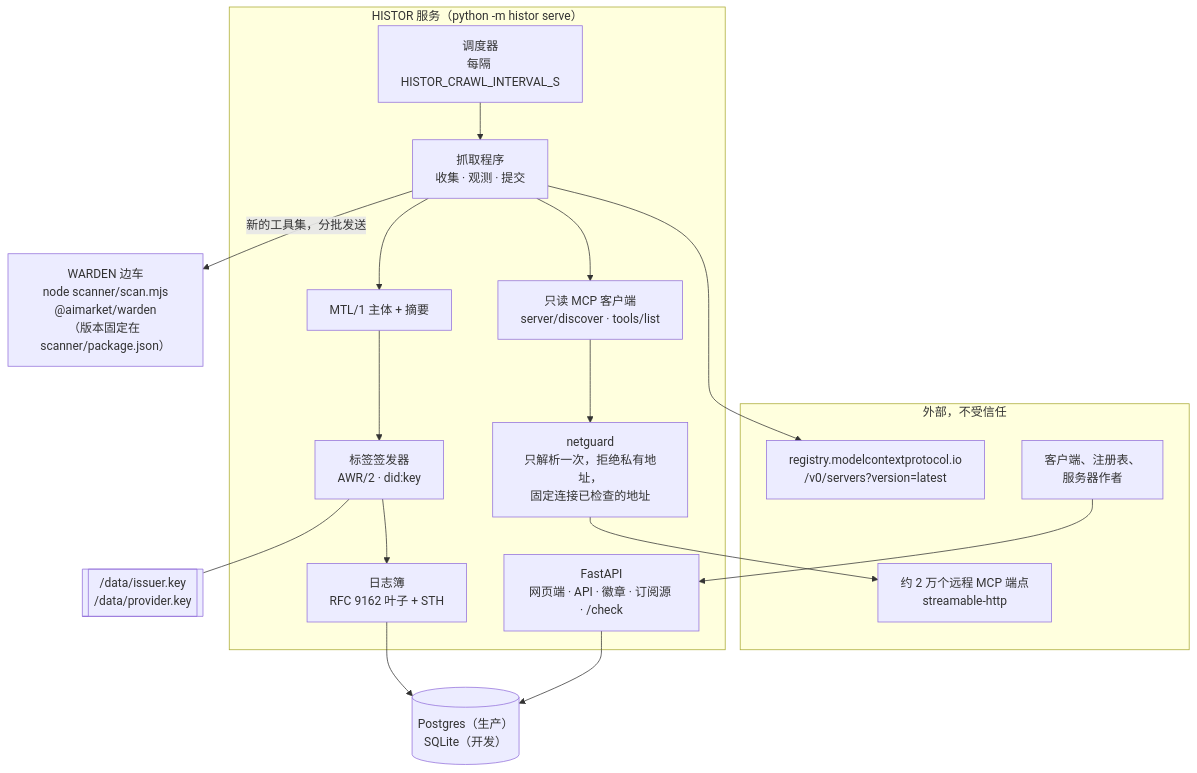
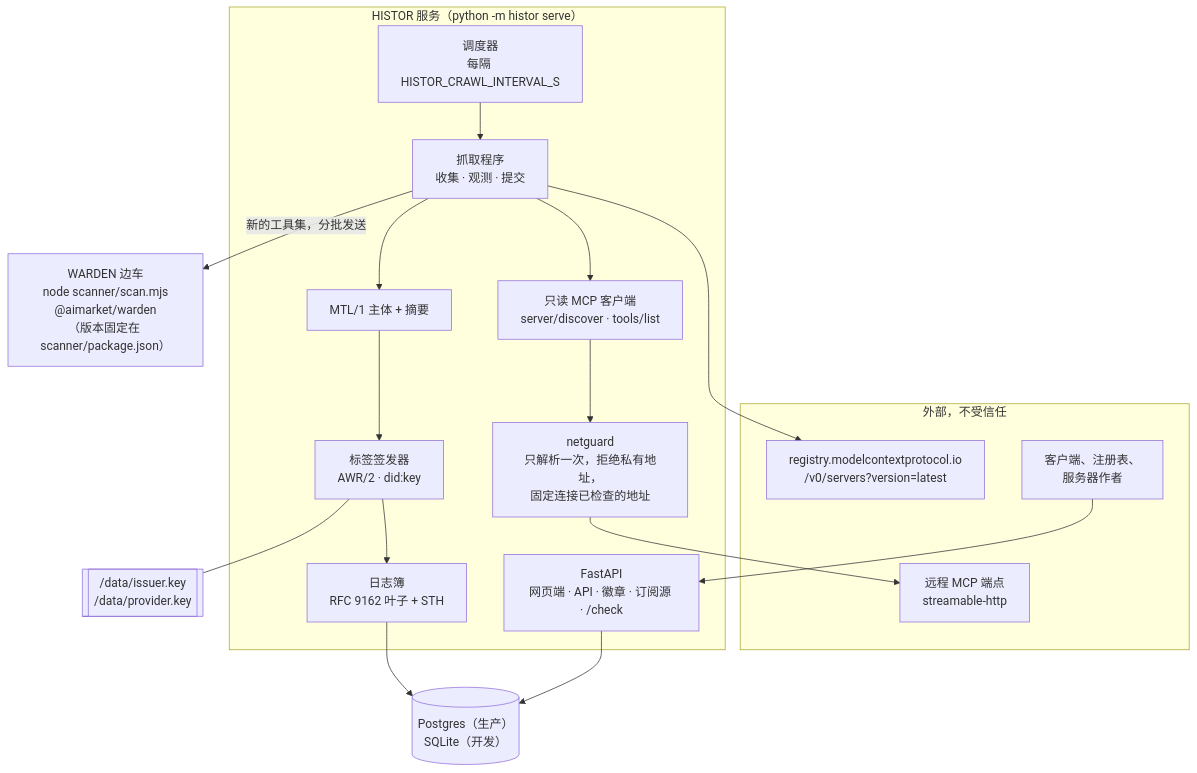
Before and after one commit to alexar76/histor: the first of 4 diagrams in docs/architecture.zh.md, drawn with Mermaid. The commit also changed other lines of this file and 42 other files, not shown here.

````diff
--- a/docs/architecture.zh.md
+++ b/docs/architecture.zh.md
@@ -8,30 +8,30 @@
 ```mermaid
 flowchart TB
     subgraph Outside["外部，不受信任"]
         REG["registry.modelcontextprotocol.io<br/>/v0/servers?version=latest"]
-        MCP["约 2 万个远程 MCP 端点<br/>streamable-http"]
+        MCP["远程 MCP 端点<br/>streamable-http"]
         CLIENT["客户端、注册表、<br/>服务器作者"]
     end
     subgraph Service["HISTOR 服务（python -m histor serve）"]
         SCHED["调度器<br/>每隔 HISTOR_CRAWL_INTERVAL_S"]
         CRAWL["抓取程序<br/>收集 · 观测 · 提交"]
         GUARD["netguard<br/>只解析一次，拒绝私有地址，<br/>固定连接已检查的地址"]
         READER["只读 MCP 客户端<br/>server/discover · tools/list"]
         SUBJ["MTL/1 主体 + 摘要"]
         LABELS["标签签发器<br/>AWR/2 · did:key"]
         LOG["日志簿<br/>RFC 9162 叶子 + STH"]
         API["FastAPI<br/>网页端 · API · 徽章 · 订阅源 · /check"]
     end
     SIDE["WARDEN 边车<br/>node scanner/scan.mjs<br/>@aimarket/warden<br/>（版本固定在 scanner/package.json）"]
     DB[("Postgres（生产）<br/>SQLite（开发）")]
     KEY[["/data/issuer.key<br/>/data/provider.key"]]
 
     SCHED --> CRAWL
     CRAWL --> REG
     CRAWL --> READER --> GUARD --> MCP
     CRAWL --> SUBJ --> LABELS --> LOG --> DB
     CRAWL -- "新的工具集，分批发送" --> SIDE
     LABELS --- KEY
     API --> DB
     CLIENT --> API
 ```
````
